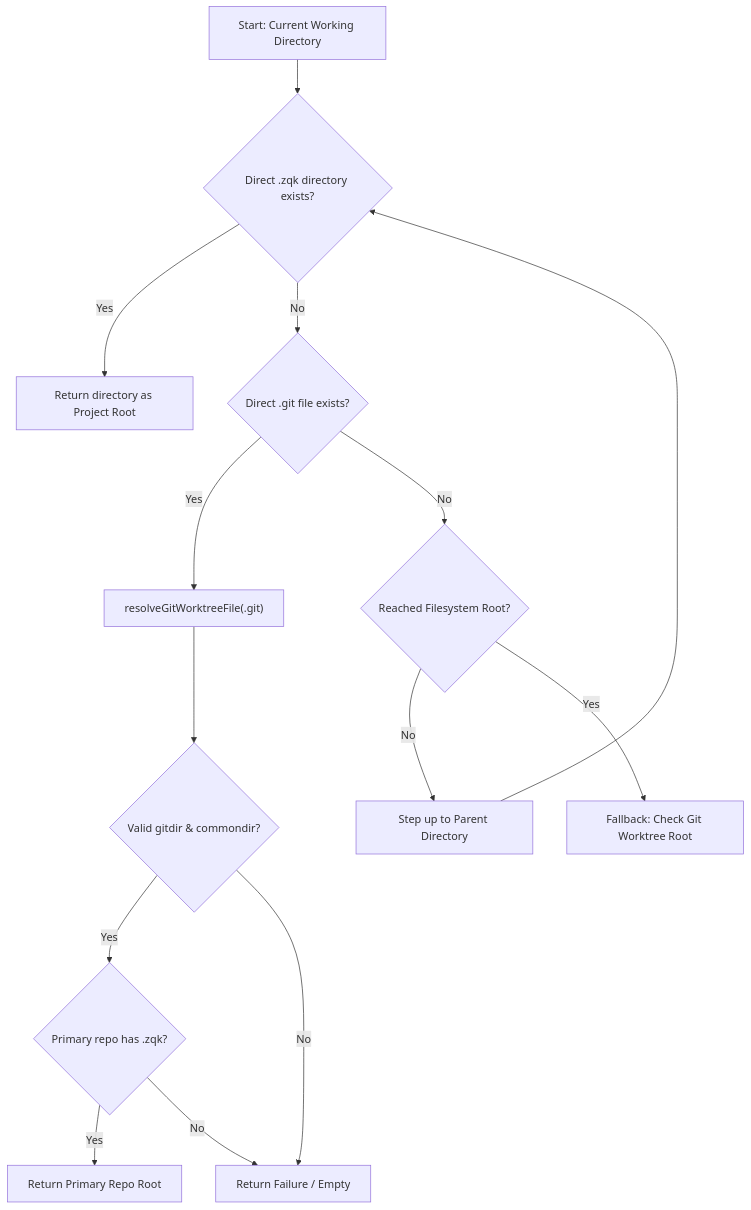
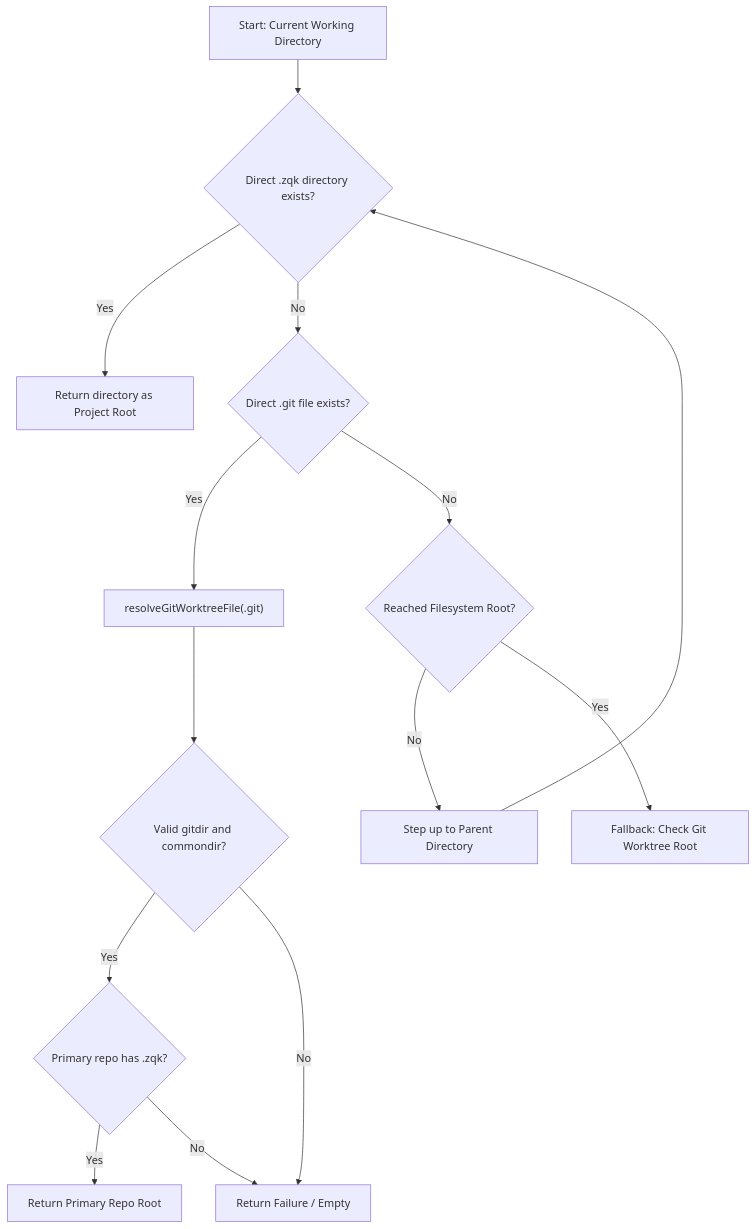
Before and after one commit to zqk-os/zqk: the diagram in docs/architecture/ergonomics/WORKTREE_KERNEL_RESOLUTION.md, drawn with Mermaid. The commit also changed 11 other files, not shown here.

Commit message:
fix(docs, packaging): fix Architecture Overview A/B diagram, standardize Mermaid rendering, and fix cross-platform packaging

````diff
--- a/docs/architecture/ergonomics/WORKTREE_KERNEL_RESOLUTION.md
+++ b/docs/architecture/ergonomics/WORKTREE_KERNEL_RESOLUTION.md
@@ -43,16 +43,16 @@
 ```mermaid
 flowchart TD
     A["Start: Current Working Directory"] --> B{"Direct .zqk directory exists?"}
-    B -- Yes --> C["Return directory as Project Root"]
-    B -- No --> D{"Direct .git file exists?"}
-    D -- Yes --> E["resolveGitWorktreeFile(.git)"]
-    D -- No --> F{"Reached Filesystem Root?"}
-    F -- No --> G["Step up to Parent Directory"] --> B
-    F -- Yes --> H["Fallback: Check Git Worktree Root"]
+    B -->|Yes| C["Return directory as Project Root"]
+    B -->|No| D{"Direct .git file exists?"}
+    D -->|Yes| E["resolveGitWorktreeFile(.git)"]
+    D -->|No| F{"Reached Filesystem Root?"}
+    F -->|No| G["Step up to Parent Directory"] --> B
+    F -->|Yes| H["Fallback: Check Git Worktree Root"]
     
-    E --> I{"Valid gitdir & commondir?"}
-    I -- Yes --> J{"Primary repo has .zqk?"}
-    J -- Yes --> K["Return Primary Repo Root"]
-    J -- No --> L["Return Failure / Empty"]
-    I -- No --> L
+    E --> I{"Valid gitdir and commondir?"}
+    I -->|Yes| J{"Primary repo has .zqk?"}
+    J -->|Yes| K["Return Primary Repo Root"]
+    J -->|No| L["Return Failure / Empty"]
+    I -->|No| L
 ```
````
